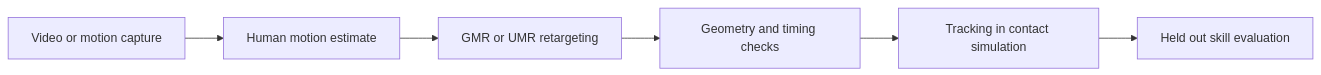
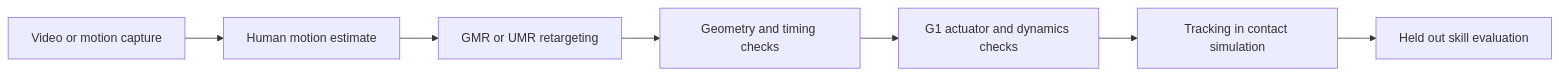
Before and after one commit to katari16/robot_fights_rl_lab: the diagram in docs/motions.md, drawn with Mermaid. The commit also changed other lines of this file and 7 other files, not shown here.

````diff
--- a/docs/motions.md
+++ b/docs/motions.md
@@ -15,8 +17,9 @@
 ```mermaid
 flowchart LR
     V["Video or motion capture"] --> H["Human motion estimate"]
     H --> R["GMR or UMR retargeting"]
     R --> Q["Geometry and timing checks"]
-    Q --> T["Tracking in contact simulation"]
+    Q --> F["G1 actuator and dynamics checks"]
+    F --> T["Tracking in contact simulation"]
     T --> E["Held out skill evaluation"]
 ```
````
